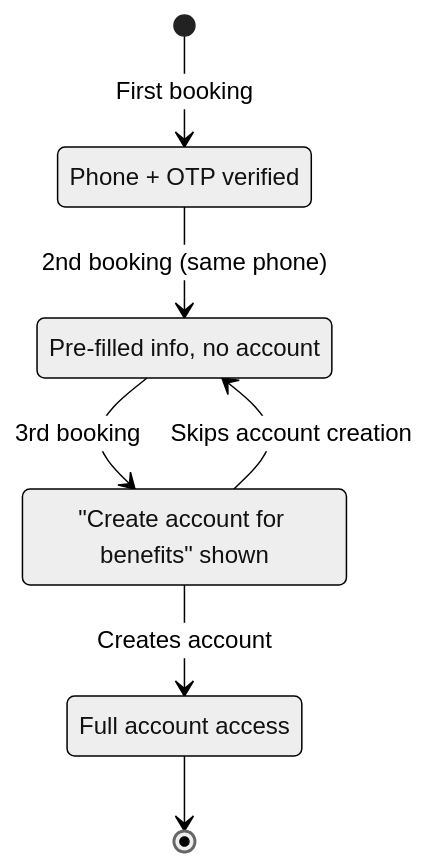
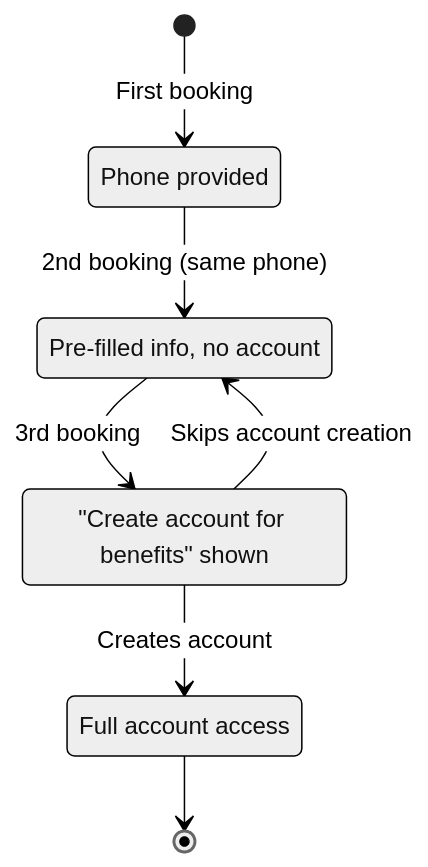
One commit to UnderprotectionDev/salon-management-saas changed the third of 6 diagrams in docs/prd/features.md. Above: the diagram before and after it, drawn with Mermaid (neutral theme). The commit also changed other lines of this file and 38 other files, not shown here.

````diff
--- a/docs/prd/features.md
+++ b/docs/prd/features.md
@@ -556,14 +552,14 @@
 ```mermaid
 stateDiagram-v2
     [*] --> Guest: First booking
     Guest --> Recognized: 2nd booking (same phone)
     Recognized --> Prompted: 3rd booking
     Prompted --> Registered: Creates account
     Prompted --> Recognized: Skips account creation
     Registered --> [*]
 
-    Guest: Phone + OTP verified
+    Guest: Phone provided
     Recognized: Pre-filled info, no account
     Prompted: "Create account for benefits" shown
     Registered: Full account access
 ```
````
